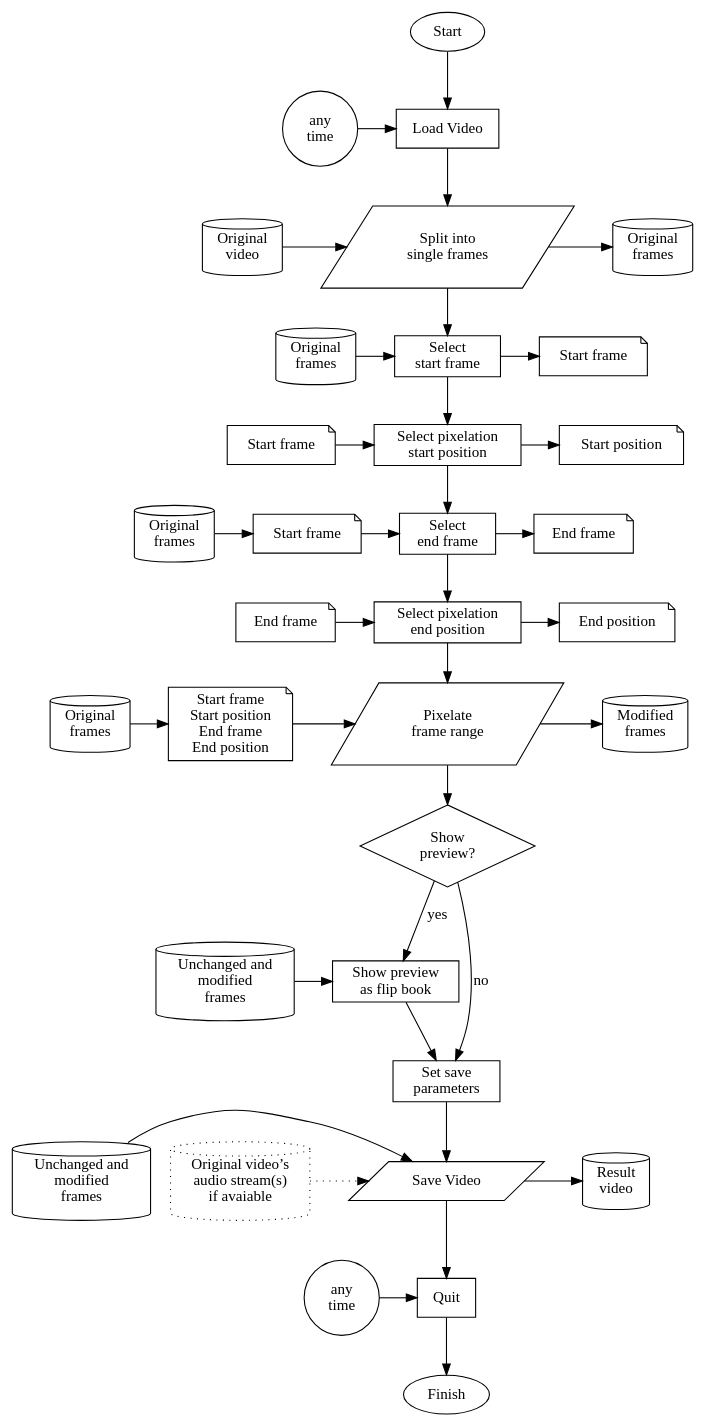
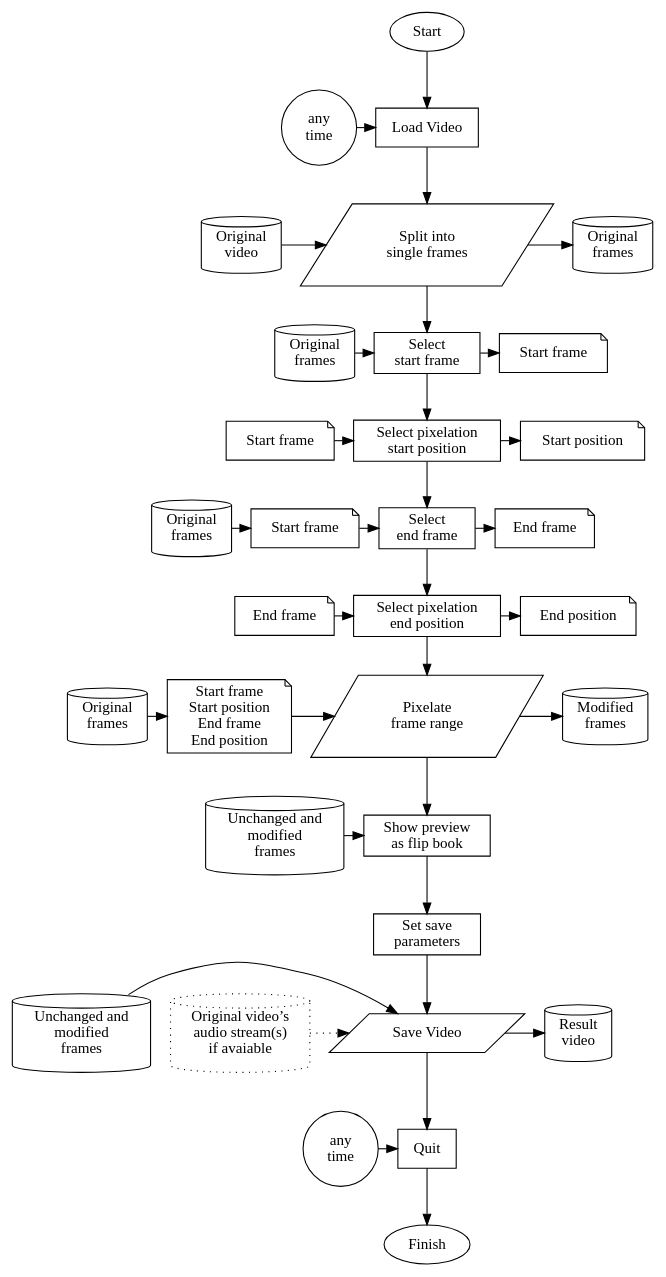
One commit to blackstream-x/pyxelate changed the diagram in docs/development/pixelate-videos-generic.dot. Above: the diagram before and after it, drawn with Graphviz. The commit also changed 1 other file, not shown here.

Commit message:
Simplify workflow by removing the decision to skip the preview

```diff
--- a/docs/development/pixelate-videos-generic.dot
+++ b/docs/development/pixelate-videos-generic.dot
@@ -1,84 +1,81 @@
 digraph "pixelate-videos generic workflow" {
 
 load_video[label="Load Video", shape=rect]
 split_video[label="Split into\nsingle frames", shape=parallelogram]
 start_frame[label="Select\nstart frame", shape=rect]
 start_position[label="Select pixelation\nstart position", shape=rect]
 end_frame[label="Select\nend frame", shape=rect]
 end_position[label="Select pixelation\nend position", shape=rect]
 apply_pixelation[label="Pixelate\nframe range", shape=parallelogram]
 show_preview[label="Show preview\nas flip book", shape=rect]
-decision_show_preview[label="Show\npreview?", shape=diamond]
 set_save_params[label="Set save\nparameters", shape=rect]
 save_video[label="Save Video", shape=parallelogram]
 quit[label="Quit", shape=rect]
 
 in_original_video[label="Original\nvideo", shape=cylinder]
 out_original_frames[label="Original\nframes", shape=cylinder]
 out_start_frame[label="Start frame", shape=note]
 in_start_frame_1[label="Start frame", shape=note]
 in_start_frame_2[label="Start frame", shape=note]
 out_start_position[label="Start position", shape=note]
 out_end_frame[label="End frame", shape=note]
 in_end_frame[label="End frame", shape=note]
 out_end_position[label="End position", shape=note]
 in_frames_and_positions[label="Start frame\nStart position\nEnd frame\nEnd position", shape=note]
 in_original_frames_1[label="Original\nframes", shape=cylinder]
 in_original_frames_2[label="Original\nframes", shape=cylinder]
 in_original_frames_3[label="Original\nframes", shape=cylinder]
 out_modified_frames[label="Modified\nframes", shape=cylinder]
 in_modified_frames_1[label="Unchanged and\nmodified\nframes", shape=cylinder]
 in_modified_frames_2[label="Unchanged and\nmodified\nframes", shape=cylinder]
 in_original_audio_stream[label="Original video’s\naudio stream(s)\nif avaiable", shape=cylinder, style=dotted]
 out_result_video[label="Result\nvideo", shape=cylinder]
 
 anytime_load[label="any\ntime", shape=circle]
 anytime_quit[label="any\ntime", shape=circle]
 /*
 anytime_after_start_position[label="all\nlater\nsteps", shape=circle]
 anytime_after_end_position[label="all\nlater\nsteps", shape=circle]
 */
 
 {rank=same; in_original_video; split_video; out_original_frames}
 {rank=same; start_frame; out_start_frame}
 {rank=same; in_original_frames_1; start_frame; out_start_frame}
 {rank=same; in_start_frame_1; start_position; out_start_position}
 {rank=same; in_original_frames_2; in_start_frame_2; end_frame; out_end_frame}
 {rank=same; in_end_frame; end_position; out_end_position}
 {rank=same; in_original_frames_3; in_frames_and_positions; apply_pixelation; out_modified_frames}
 {rank=same; in_modified_frames_1; show_preview}
 {rank=same; in_original_audio_stream; in_modified_frames_2; save_video; out_result_video}
 
 {rank=same; anytime_load; load_video}
 {rank=same; anytime_quit; quit}
 
 Start -> load_video;
 load_video -> split_video;
 in_original_video -> split_video -> out_original_frames
 split_video -> start_frame;
 in_original_frames_1 -> start_frame -> out_start_frame
 start_frame -> start_position;
 in_start_frame_1 -> start_position -> out_start_position
 start_position -> end_frame;
 in_original_frames_2 -> in_start_frame_2 -> end_frame -> out_end_frame
 end_frame -> end_position;
 in_end_frame -> end_position -> out_end_position
 end_position -> apply_pixelation;
 in_original_frames_3 -> in_frames_and_positions -> apply_pixelation -> out_modified_frames
-apply_pixelation -> decision_show_preview;
-decision_show_preview -> show_preview[label="yes"];
+apply_pixelation -> show_preview;
 in_modified_frames_1 -> show_preview
 show_preview -> set_save_params;
-decision_show_preview -> set_save_params[label="no"];
 set_save_params -> save_video
 in_original_audio_stream -> save_video[style=dotted]
 in_modified_frames_2 -> save_video -> out_result_video
 save_video -> quit
 
 anytime_load -> load_video;
 /* anytime_after_start_position -> start_frame
 anytime_after_end_position -> end_frame */
 anytime_quit -> quit;
 quit -> Finish;
 
 }
```
